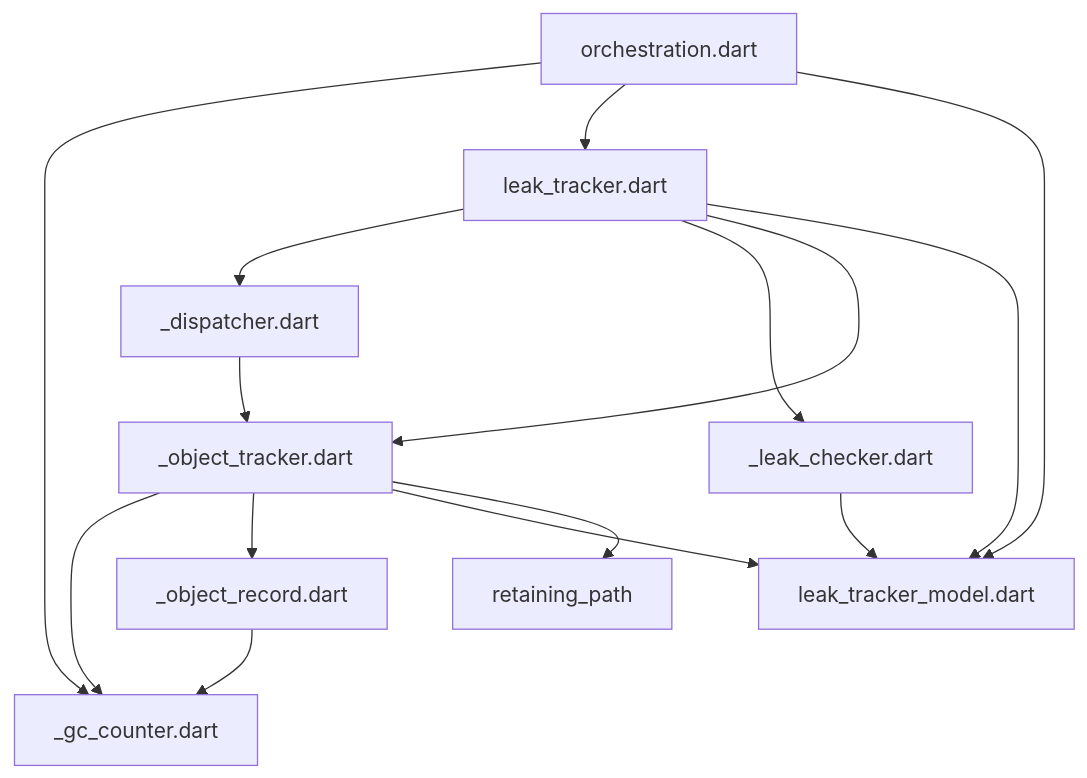
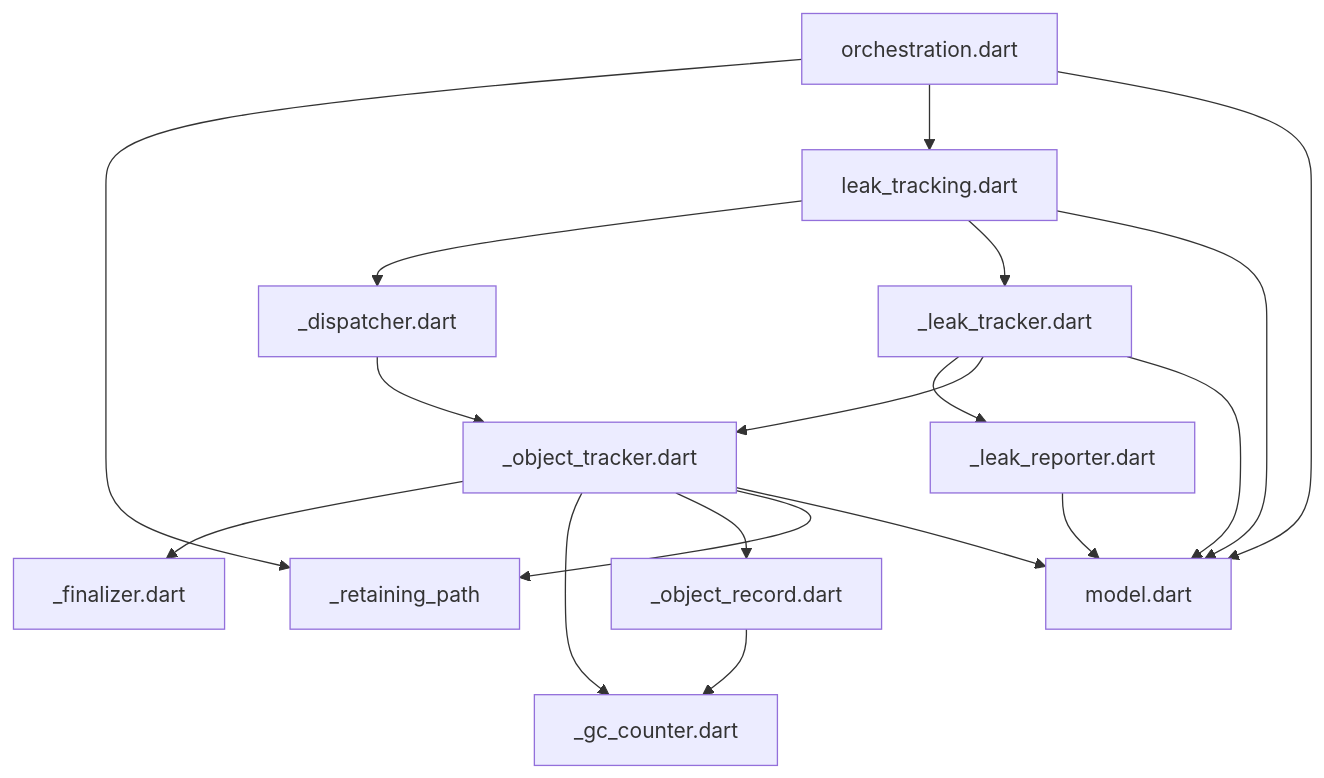
One commit to dart-lang/leak_tracker changed the diagram in pkgs/leak_tracker/lib/src/leak_tracking/DEPENDENCIES.md. Above: the diagram before and after it, drawn with Mermaid. The commit also changed 39 other files, not shown here.

````diff
--- a/pkgs/leak_tracker/lib/src/leak_tracking/DEPENDENCIES.md
+++ b/pkgs/leak_tracker/lib/src/leak_tracking/DEPENDENCIES.md
@@ -6,17 +6,20 @@
 ```mermaid
 flowchart TD;
 _dispatcher.dart-->_object_tracker.dart;
-_leak_checker.dart-->leak_tracker_model.dart;
+_leak_reporter.dart-->model.dart;
+_leak_tracker.dart-->_leak_reporter.dart;
+_leak_tracker.dart-->_object_tracker.dart;
+_leak_tracker.dart-->model.dart;
 _object_record.dart-->_gc_counter.dart;
+_object_tracker.dart-->_finalizer.dart;
 _object_tracker.dart-->_gc_counter.dart;
 _object_tracker.dart-->_object_record.dart;
-_object_tracker.dart-->leak_tracker_model.dart;
-_object_tracker.dart-->retaining_path;
-leak_tracker.dart-->_dispatcher.dart;
-leak_tracker.dart-->_leak_checker.dart;
-leak_tracker.dart-->_object_tracker.dart;
-leak_tracker.dart-->leak_tracker_model.dart;
-orchestration.dart-->_gc_counter.dart;
-orchestration.dart-->leak_tracker.dart;
-orchestration.dart-->leak_tracker_model.dart;
+_object_tracker.dart-->_retaining_path;
+_object_tracker.dart-->model.dart;
+leak_tracking.dart-->_dispatcher.dart;
+leak_tracking.dart-->_leak_tracker.dart;
+leak_tracking.dart-->model.dart;
+orchestration.dart-->_retaining_path;
+orchestration.dart-->leak_tracking.dart;
+orchestration.dart-->model.dart;
 ```
````
